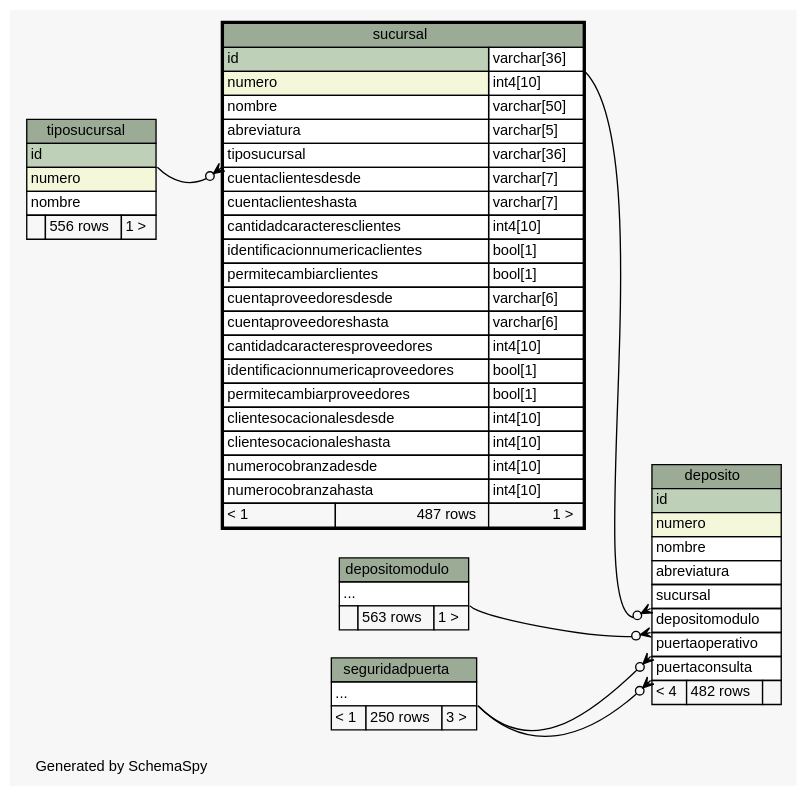
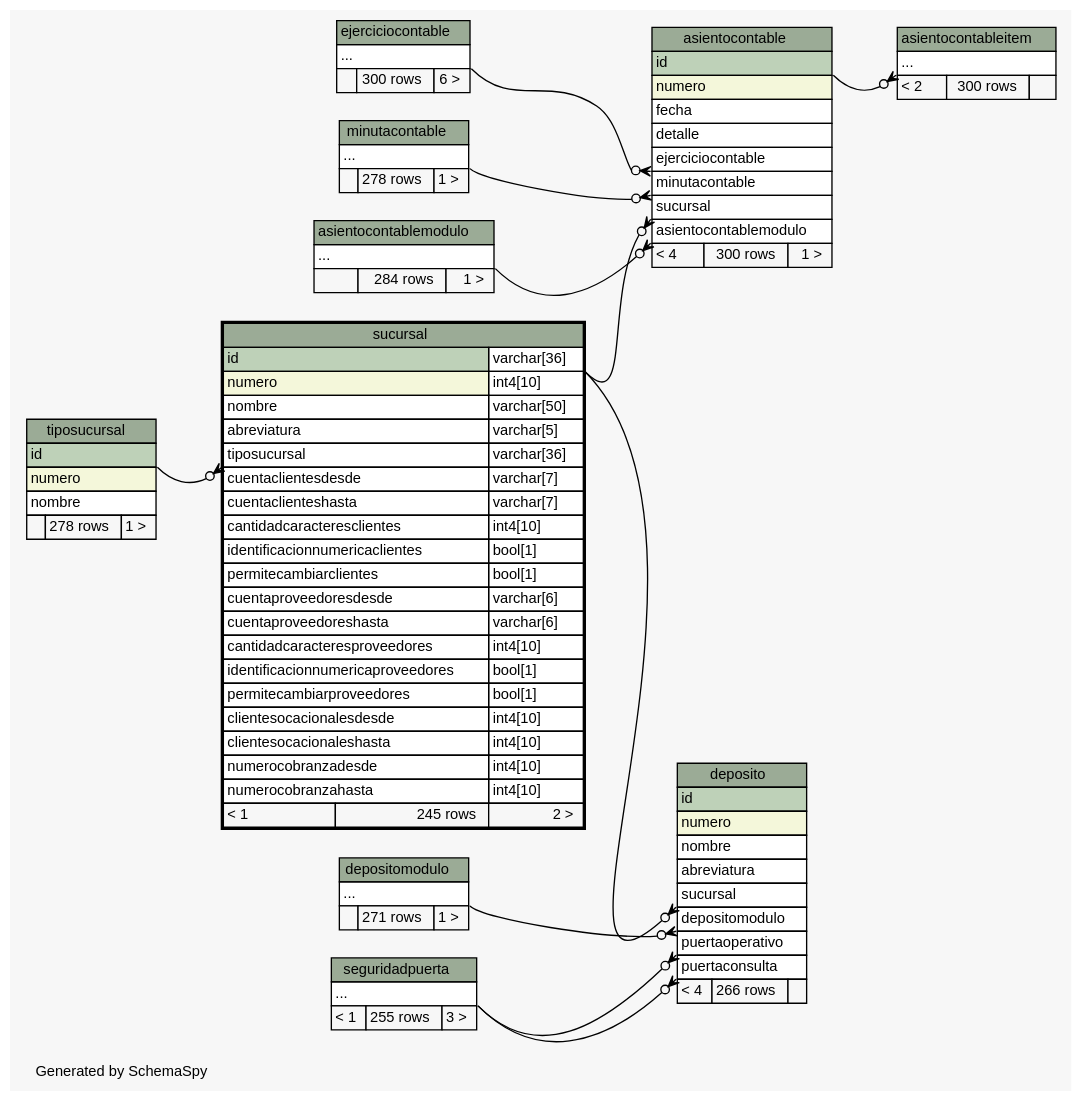
The diagram in postgresql/schemaSpy/salida/diagrams/sucursal.2degrees.dot (diegopablomansilla/massoftware_front), drawn with Graphviz before and after one commit. The commit also changed 298 other files, not shown here.

```diff
--- a/postgresql/schemaSpy/salida/diagrams/sucursal.2degrees.dot
+++ b/postgresql/schemaSpy/salida/diagrams/sucursal.2degrees.dot
@@ -1,104 +1,166 @@
 // dot 2.2.1 on Windows 10 10.0
 // SchemaSpy rev 590
 digraph "twoDegreesRelationshipsDiagram" {
   graph [
     rankdir="RL"
     bgcolor="#f7f7f7"
     label="\nGenerated by SchemaSpy"
     labeljust="l"
     nodesep="0.18"
     ranksep="0.46"
     fontname="Helvetica"
     fontsize="11"
   ];
   node [
     fontname="Helvetica"
     fontsize="11"
     shape="plaintext"
   ];
   edge [
     arrowsize="0.8"
   ];
+  "asientocontable":"asientocontablemodulo":sw -> "asientocontablemodulo":"elipses":se [arrowhead=none dir=back arrowtail=crowodot];
+  "asientocontable":"ejerciciocontable":sw -> "ejerciciocontable":"elipses":se [arrowhead=none dir=back arrowtail=crowodot];
+  "asientocontable":"minutacontable":sw -> "minutacontable":"elipses":se [arrowhead=none dir=back arrowtail=crowodot];
+  "asientocontable":"sucursal":sw -> "sucursal":"id.type":se [arrowhead=none dir=back arrowtail=crowodot];
+  "asientocontableitem":"elipses":sw -> "asientocontable":"id":se [arrowhead=none dir=back arrowtail=crowodot];
   "deposito":"depositomodulo":sw -> "depositomodulo":"elipses":se [arrowhead=none dir=back arrowtail=crowodot];
   "deposito":"puertaconsulta":sw -> "seguridadpuerta":"elipses":se [arrowhead=none dir=back arrowtail=crowodot];
   "deposito":"puertaoperativo":sw -> "seguridadpuerta":"elipses":se [arrowhead=none dir=back arrowtail=crowodot];
   "deposito":"sucursal":sw -> "sucursal":"id.type":se [arrowhead=none dir=back arrowtail=crowodot];
   "sucursal":"tiposucursal":sw -> "tiposucursal":"id":se [arrowhead=none dir=back arrowtail=crowodot];
+  "asientocontable" [
+    label=<
+    <TABLE BORDER="0" CELLBORDER="1" CELLSPACING="0" BGCOLOR="#ffffff">
+      <TR><TD COLSPAN="3" BGCOLOR="#9bab96" ALIGN="CENTER">asientocontable</TD></TR>
+      <TR><TD PORT="id" COLSPAN="3" BGCOLOR="#bed1b8" ALIGN="LEFT">id</TD></TR>
+      <TR><TD PORT="numero" COLSPAN="3" BGCOLOR="#f4f7da" ALIGN="LEFT">numero</TD></TR>
+      <TR><TD PORT="fecha" COLSPAN="3" ALIGN="LEFT">fecha</TD></TR>
+      <TR><TD PORT="detalle" COLSPAN="3" ALIGN="LEFT">detalle</TD></TR>
+      <TR><TD PORT="ejerciciocontable" COLSPAN="3" ALIGN="LEFT">ejerciciocontable</TD></TR>
+      <TR><TD PORT="minutacontable" COLSPAN="3" ALIGN="LEFT">minutacontable</TD></TR>
+      <TR><TD PORT="sucursal" COLSPAN="3" ALIGN="LEFT">sucursal</TD></TR>
+      <TR><TD PORT="asientocontablemodulo" COLSPAN="3" ALIGN="LEFT">asientocontablemodulo</TD></TR>
+      <TR><TD ALIGN="LEFT" BGCOLOR="#f7f7f7">&lt; 4</TD><TD ALIGN="RIGHT" BGCOLOR="#f7f7f7">300 rows</TD><TD ALIGN="RIGHT" BGCOLOR="#f7f7f7">1 &gt;</TD></TR>
+    </TABLE>>
+    URL="asientocontable.html"
+    tooltip="asientocontable"
+  ];
+  "asientocontableitem" [
+    label=<
+    <TABLE BORDER="0" CELLBORDER="1" CELLSPACING="0" BGCOLOR="#ffffff">
+      <TR><TD COLSPAN="3" BGCOLOR="#9bab96" ALIGN="CENTER">asientocontableitem</TD></TR>
+      <TR><TD PORT="elipses" COLSPAN="3" ALIGN="LEFT">...</TD></TR>
+      <TR><TD ALIGN="LEFT" BGCOLOR="#f7f7f7">&lt; 2</TD><TD ALIGN="RIGHT" BGCOLOR="#f7f7f7">300 rows</TD><TD ALIGN="RIGHT" BGCOLOR="#f7f7f7">  </TD></TR>
+    </TABLE>>
+    URL="asientocontableitem.html"
+    tooltip="asientocontableitem"
+  ];
+  "asientocontablemodulo" [
+    label=<
+    <TABLE BORDER="0" CELLBORDER="1" CELLSPACING="0" BGCOLOR="#ffffff">
+      <TR><TD COLSPAN="3" BGCOLOR="#9bab96" ALIGN="CENTER">asientocontablemodulo</TD></TR>
+      <TR><TD PORT="elipses" COLSPAN="3" ALIGN="LEFT">...</TD></TR>
+      <TR><TD ALIGN="LEFT" BGCOLOR="#f7f7f7">  </TD><TD ALIGN="RIGHT" BGCOLOR="#f7f7f7">284 rows</TD><TD ALIGN="RIGHT" BGCOLOR="#f7f7f7">1 &gt;</TD></TR>
+    </TABLE>>
+    URL="asientocontablemodulo.html"
+    tooltip="asientocontablemodulo"
+  ];
   "deposito" [
     label=<
     <TABLE BORDER="0" CELLBORDER="1" CELLSPACING="0" BGCOLOR="#ffffff">
       <TR><TD COLSPAN="3" BGCOLOR="#9bab96" ALIGN="CENTER">deposito</TD></TR>
       <TR><TD PORT="id" COLSPAN="3" BGCOLOR="#bed1b8" ALIGN="LEFT">id</TD></TR>
       <TR><TD PORT="numero" COLSPAN="3" BGCOLOR="#f4f7da" ALIGN="LEFT">numero</TD></TR>
       <TR><TD PORT="nombre" COLSPAN="3" ALIGN="LEFT">nombre</TD></TR>
       <TR><TD PORT="abreviatura" COLSPAN="3" ALIGN="LEFT">abreviatura</TD></TR>
       <TR><TD PORT="sucursal" COLSPAN="3" ALIGN="LEFT">sucursal</TD></TR>
       <TR><TD PORT="depositomodulo" COLSPAN="3" ALIGN="LEFT">depositomodulo</TD></TR>
       <TR><TD PORT="puertaoperativo" COLSPAN="3" ALIGN="LEFT">puertaoperativo</TD></TR>
       <TR><TD PORT="puertaconsulta" COLSPAN="3" ALIGN="LEFT">puertaconsulta</TD></TR>
-      <TR><TD ALIGN="LEFT" BGCOLOR="#f7f7f7">&lt; 4</TD><TD ALIGN="RIGHT" BGCOLOR="#f7f7f7">482 rows</TD><TD ALIGN="RIGHT" BGCOLOR="#f7f7f7">  </TD></TR>
+      <TR><TD ALIGN="LEFT" BGCOLOR="#f7f7f7">&lt; 4</TD><TD ALIGN="RIGHT" BGCOLOR="#f7f7f7">266 rows</TD><TD ALIGN="RIGHT" BGCOLOR="#f7f7f7">  </TD></TR>
     </TABLE>>
     URL="deposito.html"
     tooltip="deposito"
   ];
   "depositomodulo" [
     label=<
     <TABLE BORDER="0" CELLBORDER="1" CELLSPACING="0" BGCOLOR="#ffffff">
       <TR><TD COLSPAN="3" BGCOLOR="#9bab96" ALIGN="CENTER">depositomodulo</TD></TR>
       <TR><TD PORT="elipses" COLSPAN="3" ALIGN="LEFT">...</TD></TR>
-      <TR><TD ALIGN="LEFT" BGCOLOR="#f7f7f7">  </TD><TD ALIGN="RIGHT" BGCOLOR="#f7f7f7">563 rows</TD><TD ALIGN="RIGHT" BGCOLOR="#f7f7f7">1 &gt;</TD></TR>
+      <TR><TD ALIGN="LEFT" BGCOLOR="#f7f7f7">  </TD><TD ALIGN="RIGHT" BGCOLOR="#f7f7f7">271 rows</TD><TD ALIGN="RIGHT" BGCOLOR="#f7f7f7">1 &gt;</TD></TR>
     </TABLE>>
     URL="depositomodulo.html"
     tooltip="depositomodulo"
+  ];
+  "ejerciciocontable" [
+    label=<
+    <TABLE BORDER="0" CELLBORDER="1" CELLSPACING="0" BGCOLOR="#ffffff">
+      <TR><TD COLSPAN="3" BGCOLOR="#9bab96" ALIGN="CENTER">ejerciciocontable</TD></TR>
+      <TR><TD PORT="elipses" COLSPAN="3" ALIGN="LEFT">...</TD></TR>
+      <TR><TD ALIGN="LEFT" BGCOLOR="#f7f7f7">  </TD><TD ALIGN="RIGHT" BGCOLOR="#f7f7f7">300 rows</TD><TD ALIGN="RIGHT" BGCOLOR="#f7f7f7">6 &gt;</TD></TR>
+    </TABLE>>
+    URL="ejerciciocontable.html"
+    tooltip="ejerciciocontable"
+  ];
+  "minutacontable" [
+    label=<
+    <TABLE BORDER="0" CELLBORDER="1" CELLSPACING="0" BGCOLOR="#ffffff">
+      <TR><TD COLSPAN="3" BGCOLOR="#9bab96" ALIGN="CENTER">minutacontable</TD></TR>
+      <TR><TD PORT="elipses" COLSPAN="3" ALIGN="LEFT">...</TD></TR>
+      <TR><TD ALIGN="LEFT" BGCOLOR="#f7f7f7">  </TD><TD ALIGN="RIGHT" BGCOLOR="#f7f7f7">278 rows</TD><TD ALIGN="RIGHT" BGCOLOR="#f7f7f7">1 &gt;</TD></TR>
+    </TABLE>>
+    URL="minutacontable.html"
+    tooltip="minutacontable"
   ];
   "seguridadpuerta" [
     label=<
     <TABLE BORDER="0" CELLBORDER="1" CELLSPACING="0" BGCOLOR="#ffffff">
       <TR><TD COLSPAN="3" BGCOLOR="#9bab96" ALIGN="CENTER">seguridadpuerta</TD></TR>
       <TR><TD PORT="elipses" COLSPAN="3" ALIGN="LEFT">...</TD></TR>
-      <TR><TD ALIGN="LEFT" BGCOLOR="#f7f7f7">&lt; 1</TD><TD ALIGN="RIGHT" BGCOLOR="#f7f7f7">250 rows</TD><TD ALIGN="RIGHT" BGCOLOR="#f7f7f7">3 &gt;</TD></TR>
+      <TR><TD ALIGN="LEFT" BGCOLOR="#f7f7f7">&lt; 1</TD><TD ALIGN="RIGHT" BGCOLOR="#f7f7f7">255 rows</TD><TD ALIGN="RIGHT" BGCOLOR="#f7f7f7">3 &gt;</TD></TR>
     </TABLE>>
     URL="seguridadpuerta.html"
     tooltip="seguridadpuerta"
   ];
   "sucursal" [
     label=<
     <TABLE BORDER="2" CELLBORDER="1" CELLSPACING="0" BGCOLOR="#ffffff">
       <TR><TD COLSPAN="3" BGCOLOR="#9bab96" ALIGN="CENTER">sucursal</TD></TR>
       <TR><TD PORT="id" COLSPAN="2" BGCOLOR="#bed1b8" ALIGN="LEFT">id</TD><TD PORT="id.type" ALIGN="LEFT">varchar[36]</TD></TR>
       <TR><TD PORT="numero" COLSPAN="2" BGCOLOR="#f4f7da" ALIGN="LEFT">numero</TD><TD PORT="numero.type" ALIGN="LEFT">int4[10]</TD></TR>
       <TR><TD PORT="nombre" COLSPAN="2" ALIGN="LEFT">nombre</TD><TD PORT="nombre.type" ALIGN="LEFT">varchar[50]</TD></TR>
       <TR><TD PORT="abreviatura" COLSPAN="2" ALIGN="LEFT">abreviatura</TD><TD PORT="abreviatura.type" ALIGN="LEFT">varchar[5]</TD></TR>
       <TR><TD PORT="tiposucursal" COLSPAN="2" ALIGN="LEFT">tiposucursal</TD><TD PORT="tiposucursal.type" ALIGN="LEFT">varchar[36]</TD></TR>
       <TR><TD PORT="cuentaclientesdesde" COLSPAN="2" ALIGN="LEFT">cuentaclientesdesde</TD><TD PORT="cuentaclientesdesde.type" ALIGN="LEFT">varchar[7]</TD></TR>
       <TR><TD PORT="cuentaclienteshasta" COLSPAN="2" ALIGN="LEFT">cuentaclienteshasta</TD><TD PORT="cuentaclienteshasta.type" ALIGN="LEFT">varchar[7]</TD></TR>
       <TR><TD PORT="cantidadcaracteresclientes" COLSPAN="2" ALIGN="LEFT">cantidadcaracteresclientes</TD><TD PORT="cantidadcaracteresclientes.type" ALIGN="LEFT">int4[10]</TD></TR>
       <TR><TD PORT="identificacionnumericaclientes" COLSPAN="2" ALIGN="LEFT">identificacionnumericaclientes</TD><TD PORT="identificacionnumericaclientes.type" ALIGN="LEFT">bool[1]</TD></TR>
       <TR><TD PORT="permitecambiarclientes" COLSPAN="2" ALIGN="LEFT">permitecambiarclientes</TD><TD PORT="permitecambiarclientes.type" ALIGN="LEFT">bool[1]</TD></TR>
       <TR><TD PORT="cuentaproveedoresdesde" COLSPAN="2" ALIGN="LEFT">cuentaproveedoresdesde</TD><TD PORT="cuentaproveedoresdesde.type" ALIGN="LEFT">varchar[6]</TD></TR>
       <TR><TD PORT="cuentaproveedoreshasta" COLSPAN="2" ALIGN="LEFT">cuentaproveedoreshasta</TD><TD PORT="cuentaproveedoreshasta.type" ALIGN="LEFT">varchar[6]</TD></TR>
       <TR><TD PORT="cantidadcaracteresproveedores" COLSPAN="2" ALIGN="LEFT">cantidadcaracteresproveedores</TD><TD PORT="cantidadcaracteresproveedores.type" ALIGN="LEFT">int4[10]</TD></TR>
       <TR><TD PORT="identificacionnumericaproveedores" COLSPAN="2" ALIGN="LEFT">identificacionnumericaproveedores</TD><TD PORT="identificacionnumericaproveedores.type" ALIGN="LEFT">bool[1]</TD></TR>
       <TR><TD PORT="permitecambiarproveedores" COLSPAN="2" ALIGN="LEFT">permitecambiarproveedores</TD><TD PORT="permitecambiarproveedores.type" ALIGN="LEFT">bool[1]</TD></TR>
       <TR><TD PORT="clientesocacionalesdesde" COLSPAN="2" ALIGN="LEFT">clientesocacionalesdesde</TD><TD PORT="clientesocacionalesdesde.type" ALIGN="LEFT">int4[10]</TD></TR>
       <TR><TD PORT="clientesocacionaleshasta" COLSPAN="2" ALIGN="LEFT">clientesocacionaleshasta</TD><TD PORT="clientesocacionaleshasta.type" ALIGN="LEFT">int4[10]</TD></TR>
       <TR><TD PORT="numerocobranzadesde" COLSPAN="2" ALIGN="LEFT">numerocobranzadesde</TD><TD PORT="numerocobranzadesde.type" ALIGN="LEFT">int4[10]</TD></TR>
       <TR><TD PORT="numerocobranzahasta" COLSPAN="2" ALIGN="LEFT">numerocobranzahasta</TD><TD PORT="numerocobranzahasta.type" ALIGN="LEFT">int4[10]</TD></TR>
-      <TR><TD ALIGN="LEFT" BGCOLOR="#f7f7f7">&lt; 1</TD><TD ALIGN="RIGHT" BGCOLOR="#f7f7f7">487 rows</TD><TD ALIGN="RIGHT" BGCOLOR="#f7f7f7">1 &gt;</TD></TR>
+      <TR><TD ALIGN="LEFT" BGCOLOR="#f7f7f7">&lt; 1</TD><TD ALIGN="RIGHT" BGCOLOR="#f7f7f7">245 rows</TD><TD ALIGN="RIGHT" BGCOLOR="#f7f7f7">2 &gt;</TD></TR>
     </TABLE>>
     URL="sucursal.html"
     tooltip="sucursal"
   ];
   "tiposucursal" [
     label=<
     <TABLE BORDER="0" CELLBORDER="1" CELLSPACING="0" BGCOLOR="#ffffff">
       <TR><TD COLSPAN="3" BGCOLOR="#9bab96" ALIGN="CENTER">tiposucursal</TD></TR>
       <TR><TD PORT="id" COLSPAN="3" BGCOLOR="#bed1b8" ALIGN="LEFT">id</TD></TR>
       <TR><TD PORT="numero" COLSPAN="3" BGCOLOR="#f4f7da" ALIGN="LEFT">numero</TD></TR>
       <TR><TD PORT="nombre" COLSPAN="3" ALIGN="LEFT">nombre</TD></TR>
-      <TR><TD ALIGN="LEFT" BGCOLOR="#f7f7f7">  </TD><TD ALIGN="RIGHT" BGCOLOR="#f7f7f7">556 rows</TD><TD ALIGN="RIGHT" BGCOLOR="#f7f7f7">1 &gt;</TD></TR>
+      <TR><TD ALIGN="LEFT" BGCOLOR="#f7f7f7">  </TD><TD ALIGN="RIGHT" BGCOLOR="#f7f7f7">278 rows</TD><TD ALIGN="RIGHT" BGCOLOR="#f7f7f7">1 &gt;</TD></TR>
     </TABLE>>
     URL="tiposucursal.html"
     tooltip="tiposucursal"
   ];
 }
```
